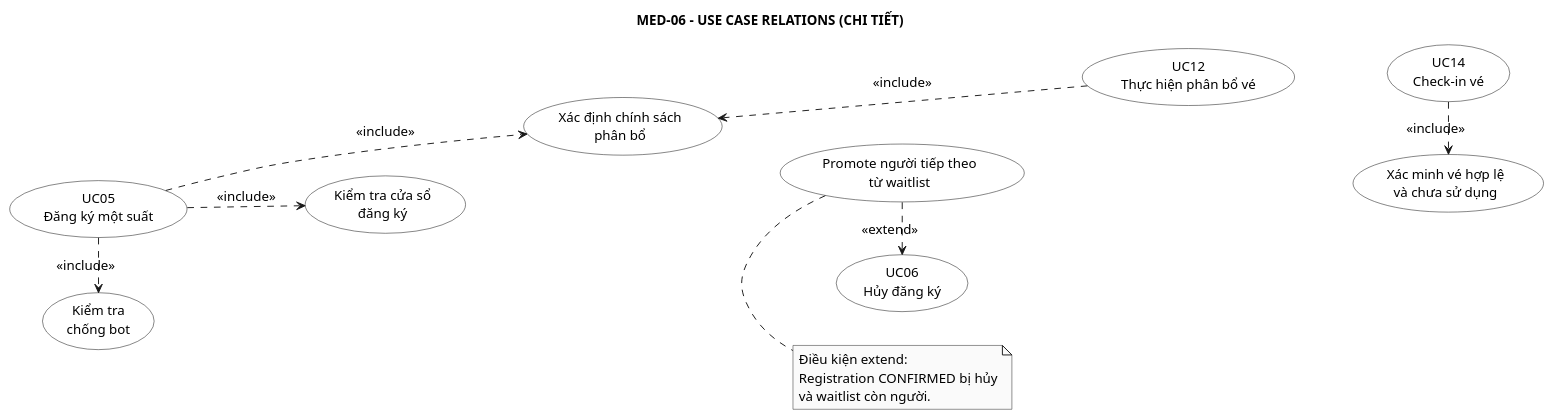
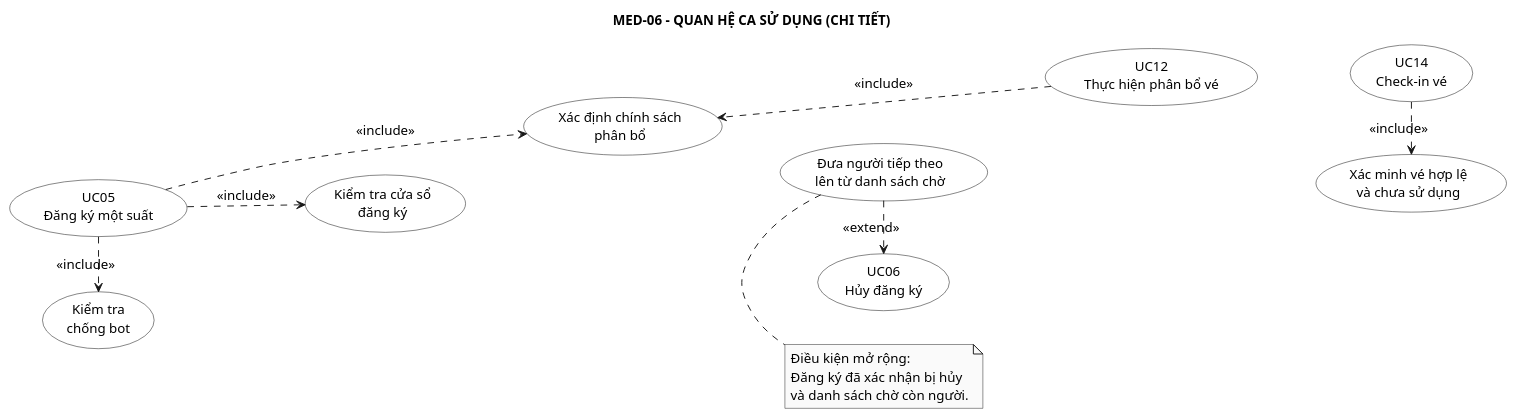
The diagram in PTTK/01_Actor_UseCase/03-use-case-relations.puml (anh632k-ui/OOP-DoAn), drawn with PlantUML before and after one commit.

Commit message:
docs(tv): Việt hóa quan hệ ca sử dụng

```diff
--- a/PTTK/01_Actor_UseCase/03-use-case-relations.puml
+++ b/PTTK/01_Actor_UseCase/03-use-case-relations.puml
@@ -1,49 +1,46 @@
 @startuml
 left to right direction
 skinparam monochrome true
 skinparam shadowing false
 skinparam defaultFontSize 14
 skinparam usecase {
   BackgroundColor White
   BorderColor Black
   FontColor Black
 }
 
-title MED-06 - USE CASE RELATIONS (CHI TIẾT)
+title MED-06 - QUAN HỆ CA SỬ DỤNG (CHI TIẾT)
 
 usecase "UC05\nĐăng ký một suất" as UC05
-usecase "Kiểm tra\nchống bot" as BOT
-usecase "Kiểm tra cửa sổ\nđăng ký" as WINDOW
-usecase "Xác định chính sách\nphân bổ" as POLICY
+usecase "Kiểm tra\nchống bot" as CHONGBOT
+usecase "Kiểm tra cửa sổ\nđăng ký" as CUASO
+usecase "Xác định chính sách\nphân bổ" as CHINHSACH
 
 usecase "UC06\nHủy đăng ký" as UC06
-usecase "Promote người tiếp theo\ntừ waitlist" as PROMOTE
+usecase "Đưa người tiếp theo\nlên từ danh sách chờ" as DAYLEN
 
 usecase "UC12\nThực hiện phân bổ vé" as UC12
 usecase "UC14\nCheck-in vé" as UC14
-usecase "Xác minh vé hợp lệ\nvà chưa sử dụng" as VALIDATE
+usecase "Xác minh vé hợp lệ\nvà chưa sử dụng" as XACMINH
 
-' Bố trí hai cụm chính, tránh kéo thành một dải ngang rất dài.
 UC05 -[hidden]down- UC06
 UC06 -[hidden]down- UC12
 UC12 -[hidden]down- UC14
+CHONGBOT -[hidden]down- CUASO
+CUASO -[hidden]down- CHINHSACH
+CHINHSACH -[hidden]down- DAYLEN
+DAYLEN -[hidden]down- XACMINH
 
-BOT -[hidden]down- WINDOW
-WINDOW -[hidden]down- POLICY
-POLICY -[hidden]down- PROMOTE
-PROMOTE -[hidden]down- VALIDATE
+UC05 .> CHONGBOT : <<include>>
+UC05 .> CUASO : <<include>>
+UC05 .> CHINHSACH : <<include>>
+DAYLEN .> UC06 : <<extend>>
+UC12 .> CHINHSACH : <<include>>
+UC14 .> XACMINH : <<include>>
 
-UC05 .> BOT : <<include>>
-UC05 .> WINDOW : <<include>>
-UC05 .> POLICY : <<include>>
-PROMOTE .> UC06 : <<extend>>
-UC12 .> POLICY : <<include>>
-UC14 .> VALIDATE : <<include>>
-
-note bottom of PROMOTE
-Điều kiện extend:
-Registration CONFIRMED bị hủy
-và waitlist còn người.
+note bottom of DAYLEN
+Điều kiện mở rộng:
+Đăng ký đã xác nhận bị hủy
+và danh sách chờ còn người.
 end note
-
 @enduml
```
